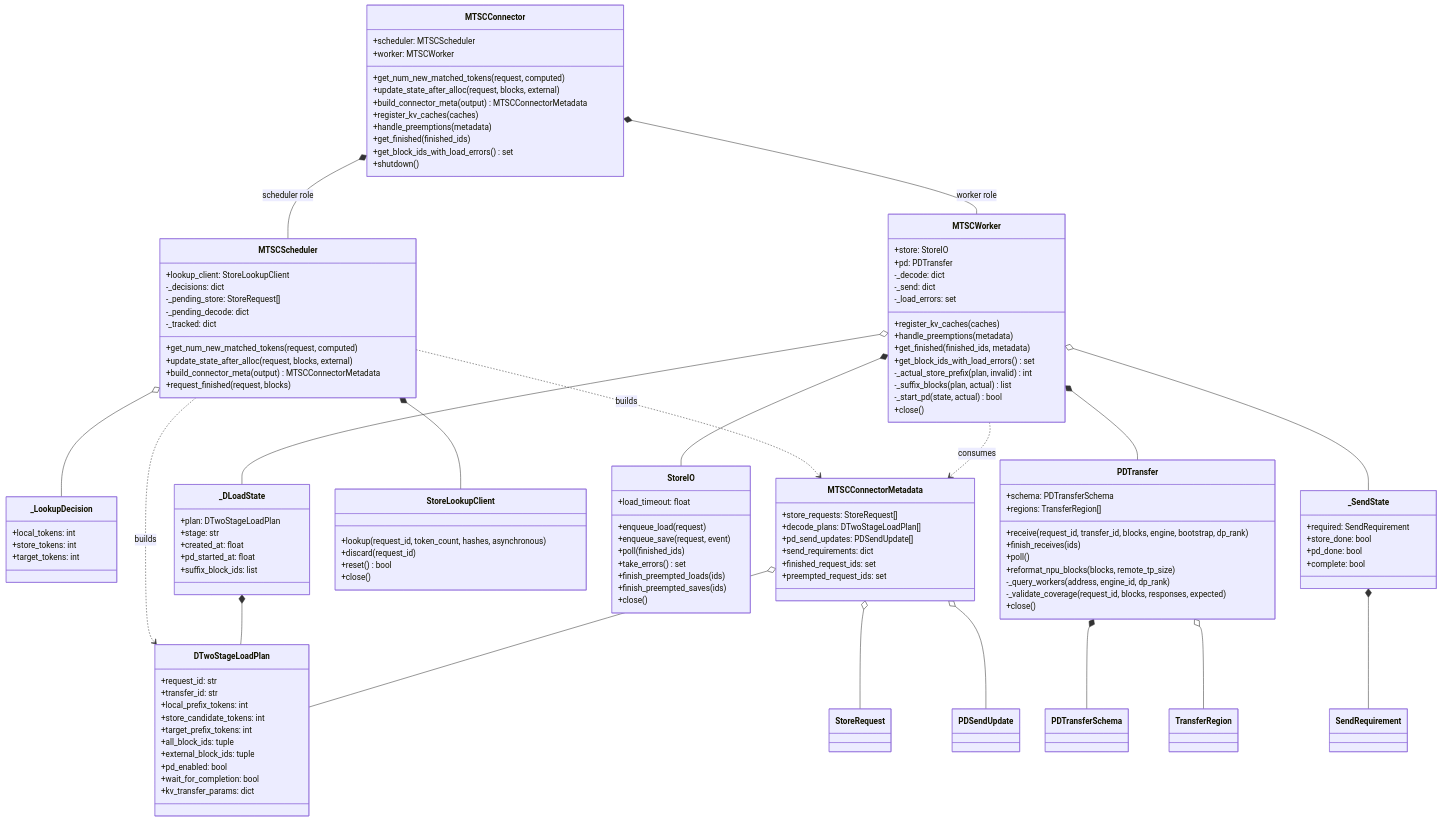
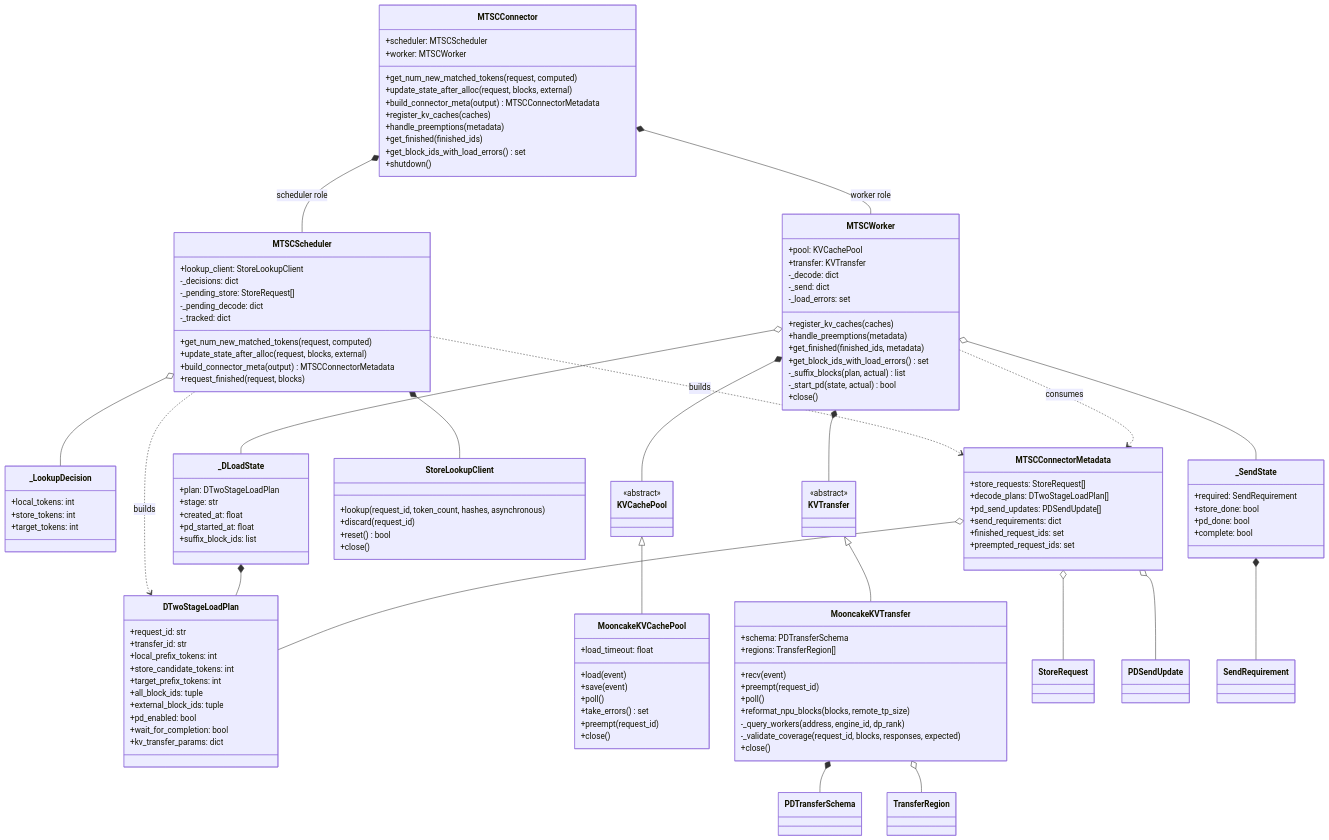
The second of 6 diagrams in docs/design/S03-decode设计.md (WangSu-X/MTSC), drawn with Mermaid before and after one commit. The commit also changed other lines of this file and 20 other files, not shown here.

Commit message:
refactor(mtsc): implement Mooncake KVCachePool and KVTransfer

````diff
--- a/docs/design/S03-decode设计.md
+++ b/docs/design/S03-decode设计.md
@@ -174,8 +174,8 @@
         +kv_transfer_params: dict
     }
     class MTSCWorker {
-        +store: StoreIO
-        +pd: PDTransfer
+        +pool: KVCachePool
+        +transfer: KVTransfer
         -_decode: dict
         -_send: dict
         -_load_errors: set
@@ -183,7 +183,6 @@
         +handle_preemptions(metadata)
         +get_finished(finished_ids, metadata)
         +get_block_ids_with_load_errors() set
-        -_actual_store_prefix(plan, invalid) int
         -_suffix_blocks(plan, actual) list
         -_start_pd(state, actual) bool
         +close()
@@ -212,21 +211,20 @@
         +reset() bool
         +close()
     }
-    class StoreIO {
+    class MooncakeKVCachePool {
         +load_timeout: float
-        +enqueue_load(request)
-        +enqueue_save(request, event)
-        +poll(finished_ids)
+        +load(event)
+        +save(event)
+        +poll()
         +take_errors() set
-        +finish_preempted_loads(ids)
-        +finish_preempted_saves(ids)
+        +preempt(request_id)
         +close()
     }
-    class PDTransfer {
+    class MooncakeKVTransfer {
         +schema: PDTransferSchema
         +regions: TransferRegion[]
-        +receive(request_id, transfer_id, blocks, engine, bootstrap, dp_rank)
-        +finish_receives(ids)
+        +recv(event)
+        +preempt(request_id)
         +poll()
         +reformat_npu_blocks(blocks, remote_tp_size)
         -_query_workers(address, engine_id, dp_rank)
@@ -253,8 +251,16 @@
     MTSCScheduler o-- _LookupDecision
     MTSCScheduler ..> DTwoStageLoadPlan : builds
     MTSCScheduler ..> MTSCConnectorMetadata : builds
-    MTSCWorker *-- StoreIO
-    MTSCWorker *-- PDTransfer
+    class KVCachePool {
+        <<abstract>>
+    }
+    class KVTransfer {
+        <<abstract>>
+    }
+    MTSCWorker *-- KVCachePool
+    MTSCWorker *-- KVTransfer
+    KVCachePool <|-- MooncakeKVCachePool
+    KVTransfer <|-- MooncakeKVTransfer
     MTSCWorker o-- _DLoadState
     MTSCWorker o-- _SendState
     MTSCWorker ..> MTSCConnectorMetadata : consumes
@@ -263,6 +269,6 @@
     MTSCConnectorMetadata o-- StoreRequest
     MTSCConnectorMetadata o-- DTwoStageLoadPlan
     MTSCConnectorMetadata o-- PDSendUpdate
-    PDTransfer *-- PDTransferSchema
-    PDTransfer o-- TransferRegion
+    MooncakeKVTransfer *-- PDTransferSchema
+    MooncakeKVTransfer o-- TransferRegion
 ```
````
